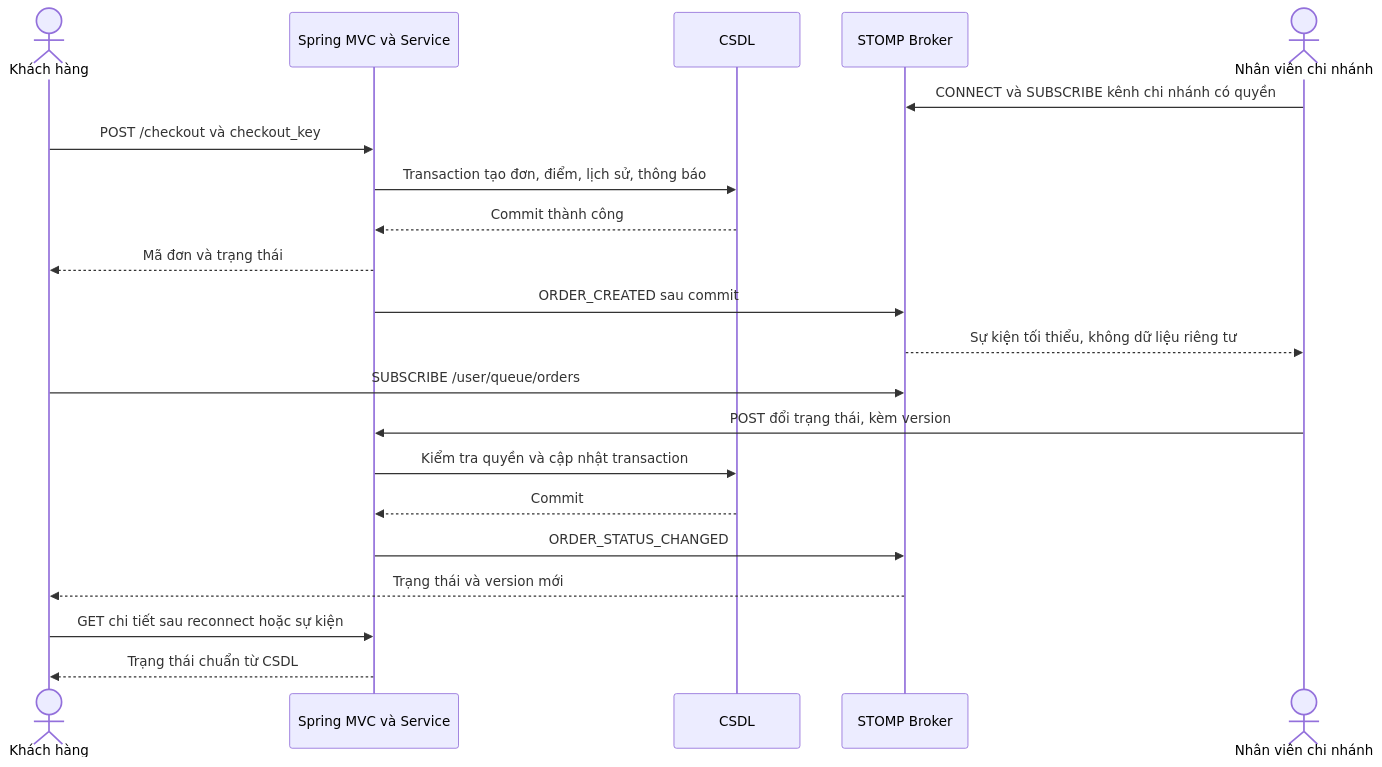
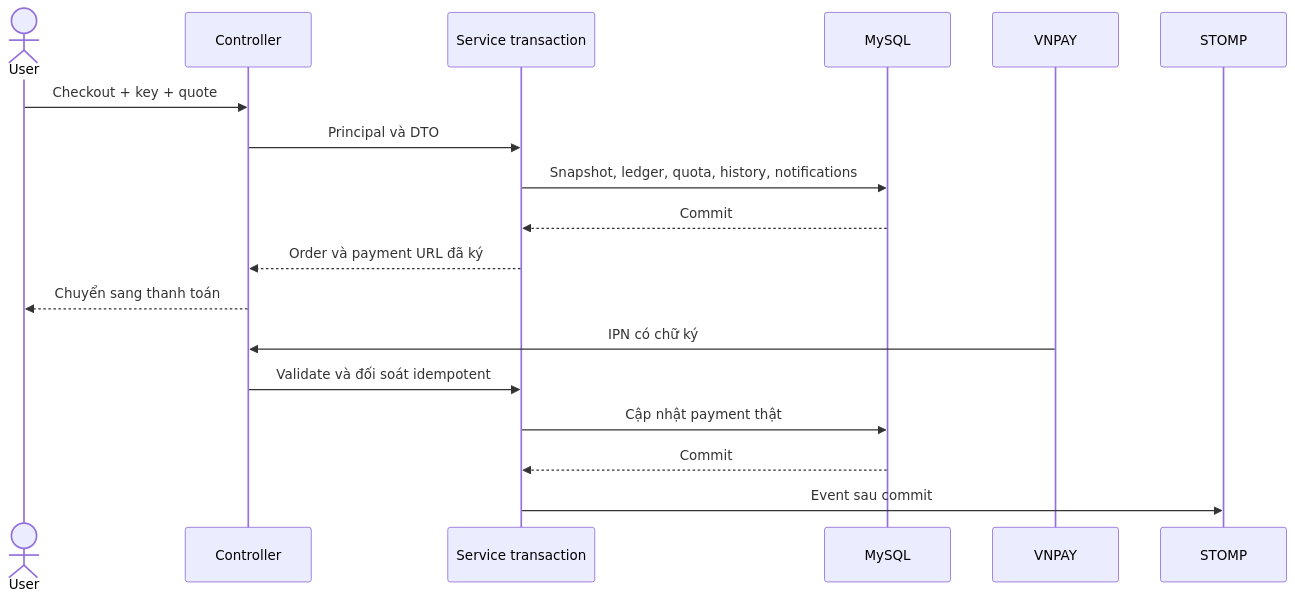
Before and after one commit to Phucsbinz/Project_Web: the diagram in USE_CASES.md, drawn with Mermaid. The commit also changed other lines of this file and 151 other files, not shown here.

````diff
--- a/USE_CASES.md
+++ b/USE_CASES.md
@@ -253,23 +140,20 @@
 ```mermaid
 sequenceDiagram
-    actor Customer as Khách hàng
-    participant HTTP as Spring MVC và Service
-    participant DB as CSDL
-    participant WS as STOMP Broker
-    actor Staff as Nhân viên chi nhánh
-    Staff->>WS: CONNECT và SUBSCRIBE kênh chi nhánh có quyền
-    Customer->>HTTP: POST /checkout và checkout_key
-    HTTP->>DB: Transaction tạo đơn, điểm, lịch sử, thông báo
-    DB-->>HTTP: Commit thành công
-    HTTP-->>Customer: Mã đơn và trạng thái
-    HTTP->>WS: ORDER_CREATED sau commit
-    WS-->>Staff: Sự kiện tối thiểu, không dữ liệu riêng tư
-    Customer->>WS: SUBSCRIBE /user/queue/orders
-    Staff->>HTTP: POST đổi trạng thái, kèm version
-    HTTP->>DB: Kiểm tra quyền và cập nhật transaction
-    DB-->>HTTP: Commit
-    HTTP->>WS: ORDER_STATUS_CHANGED
-    WS-->>Customer: Trạng thái và version mới
-    Customer->>HTTP: GET chi tiết sau reconnect hoặc sự kiện
-    HTTP-->>Customer: Trạng thái chuẩn từ CSDL
+    actor User
+    participant MVC as Controller
+    participant Service as Service transaction
+    participant DB as MySQL
+    participant Pay as VNPAY
+    participant WS as STOMP
+    User->>MVC: Checkout + key + quote
+    MVC->>Service: Principal và DTO
+    Service->>DB: Snapshot, ledger, quota, history, notifications
+    DB-->>Service: Commit
+    Service-->>MVC: Order và payment URL đã ký
+    MVC-->>User: Chuyển sang thanh toán
+    Pay->>MVC: IPN có chữ ký
+    MVC->>Service: Validate và đối soát idempotent
+    Service->>DB: Cập nhật payment thật
+    DB-->>Service: Commit
+    Service->>WS: Event sau commit
 ```
````
